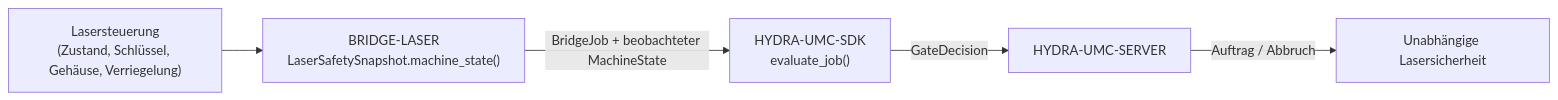
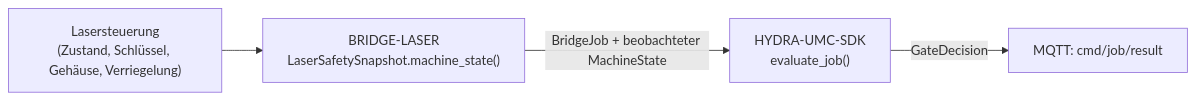
One commit to JuanenRac/HYDRA-UMC-BRIDGE-LASER changed the diagram in README_deu.md. Above: the diagram before and after it, drawn with Mermaid. The commit also changed other lines of this file and 26 other files, not shown here.

````diff
--- a/README_deu.md
+++ b/README_deu.md
@@ -50,7 +51,6 @@
 ```mermaid
 flowchart LR
     LASER["Lasersteuerung<br/>(Zustand, Schlüssel, Gehäuse, Verriegelung)"] --> BRIDGE["BRIDGE-LASER<br/>LaserSafetySnapshot.machine_state()"]
     BRIDGE -- "BridgeJob + beobachteter MachineState" --> SDK["HYDRA-UMC-SDK<br/>evaluate_job()"]
-    SDK -- GateDecision --> SERVER["HYDRA-UMC-SERVER"]
-    SERVER -- "Auftrag / Abbruch" --> SAFETY["Unabhängige Lasersicherheit"]
+    SDK -- GateDecision --> RESULT["MQTT: cmd/job/result"]
 ```
````
